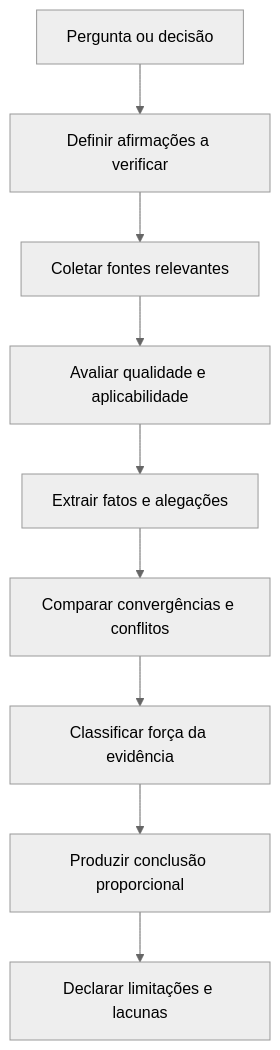
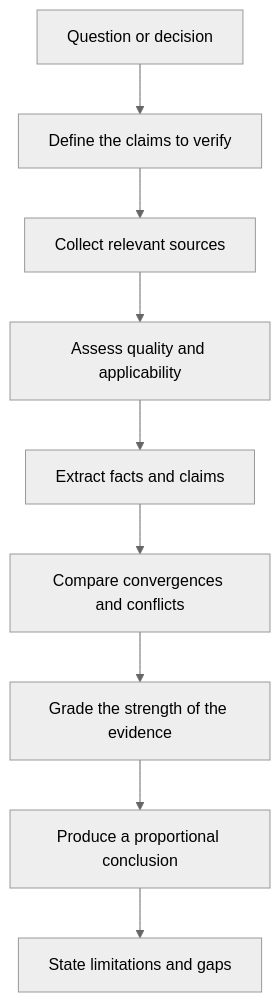
Before and after one commit to rpelizza/PelizzAI: the first of 4 diagrams in .claude/skills/pelizzai-reasoning/techniques/evidence-synthesis.md, drawn with Mermaid (neutral theme). The commit also changed other lines of this file and 362 other files, not shown here.

````diff
--- a/.claude/skills/pelizzai-reasoning/techniques/evidence-synthesis.md
+++ b/.claude/skills/pelizzai-reasoning/techniques/evidence-synthesis.md
@@ -32,11 +32,11 @@
 ```mermaid
 flowchart TD
-    A[Pergunta ou decisão] --> B[Definir afirmações a verificar]
-    B --> C[Coletar fontes relevantes]
-    C --> D[Avaliar qualidade e aplicabilidade]
-    D --> E[Extrair fatos e alegações]
-    E --> F[Comparar convergências e conflitos]
-    F --> G[Classificar força da evidência]
-    G --> H[Produzir conclusão proporcional]
-    H --> I[Declarar limitações e lacunas]
+    A[Question or decision] --> B[Define the claims to verify]
+    B --> C[Collect relevant sources]
+    C --> D[Assess quality and applicability]
+    D --> E[Extract facts and claims]
+    E --> F[Compare convergences and conflicts]
+    F --> G[Grade the strength of the evidence]
+    G --> H[Produce a proportional conclusion]
+    H --> I[State limitations and gaps]
 ```
````
